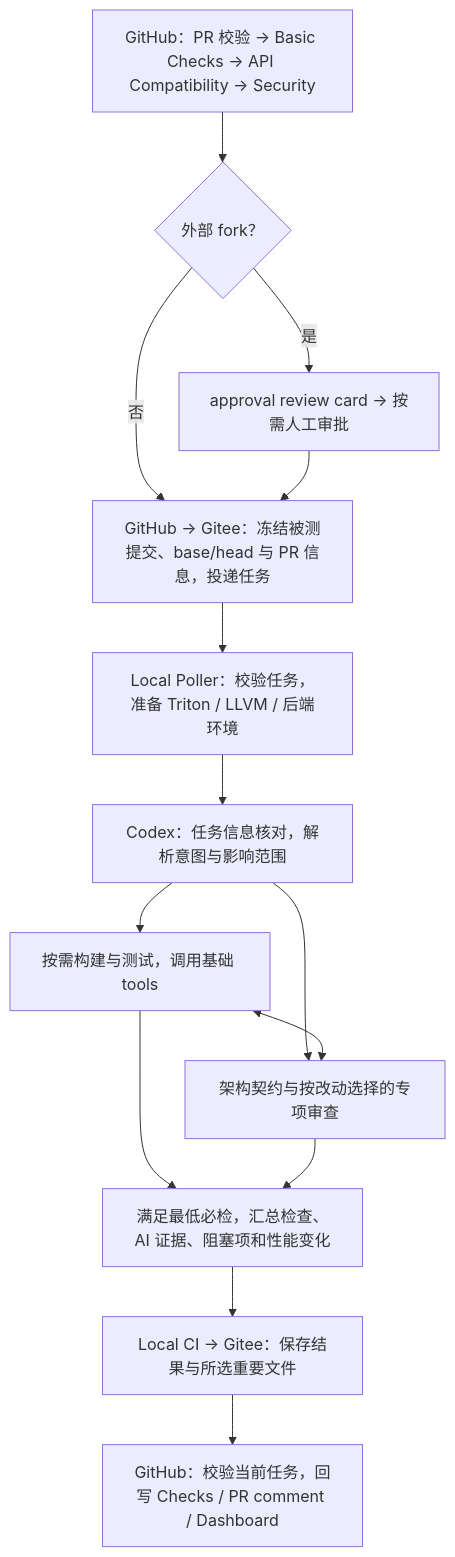
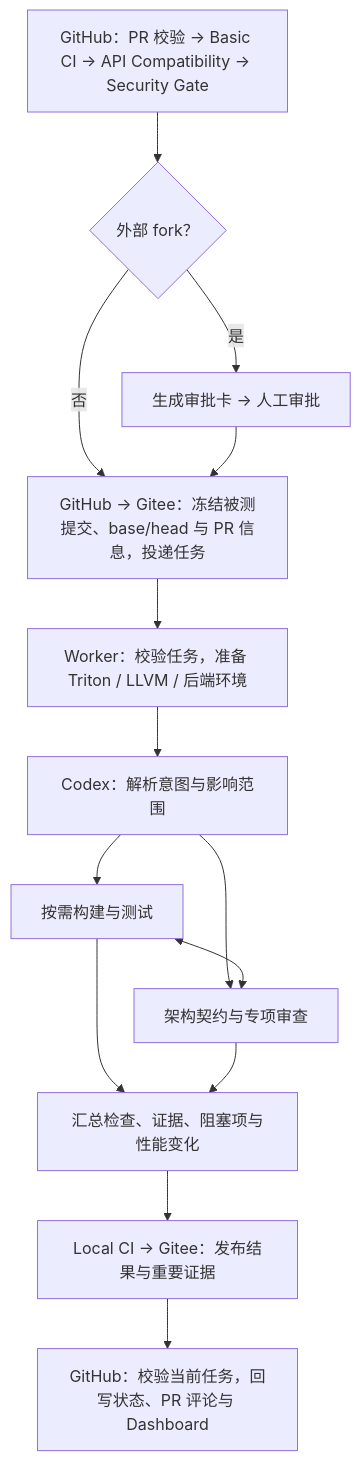
One commit to likehupochuan/triton-anchor changed the diagram in scripts/local_ci/README.md. Above: the diagram before and after it, drawn with Mermaid. The commit also changed other lines of this file and 11 other files, not shown here.

````diff
--- a/scripts/local_ci/README.md
+++ b/scripts/local_ci/README.md
@@ -8,16 +8,16 @@
 ```mermaid
 flowchart TD
-  A[GitHub：PR 校验 → Basic Checks → API Compatibility → Security] --> B{外部 fork？}
+  A[GitHub：PR 校验 → Basic CI → API Compatibility → Security Gate] --> B{外部 fork？}
   B -- 否 --> C[GitHub → Gitee：冻结被测提交、base/head 与 PR 信息，投递任务]
-  B -- 是 --> R[approval review card → 按需人工审批]
+  B -- 是 --> R[生成审批卡 → 人工审批]
   R --> C
-  C --> D[Local Poller：校验任务，准备 Triton / LLVM / 后端环境]
-  D --> E[Codex：任务信息核对，解析意图与影响范围]
-  E --> F[按需构建与测试，调用基础 tools]
-  E --> G[架构契约与按改动选择的专项审查]
+  C --> D[Worker：校验任务，准备 Triton / LLVM / 后端环境]
+  D --> E[Codex：解析意图与影响范围]
+  E --> F[按需构建与测试]
+  E --> G[架构契约与专项审查]
   F <--> G
-  F --> H[满足最低必检，汇总检查、AI 证据、阻塞项和性能变化]
+  F --> H[汇总检查、证据、阻塞项与性能变化]
   G --> H
-  H --> I[Local CI → Gitee：保存结果与所选重要文件]
-  I --> J[GitHub：校验当前任务，回写 Checks / PR comment / Dashboard]
+  H --> I[Local CI → Gitee：发布结果与重要证据]
+  I --> J[GitHub：校验当前任务，回写状态、PR 评论与 Dashboard]
 ```
````
